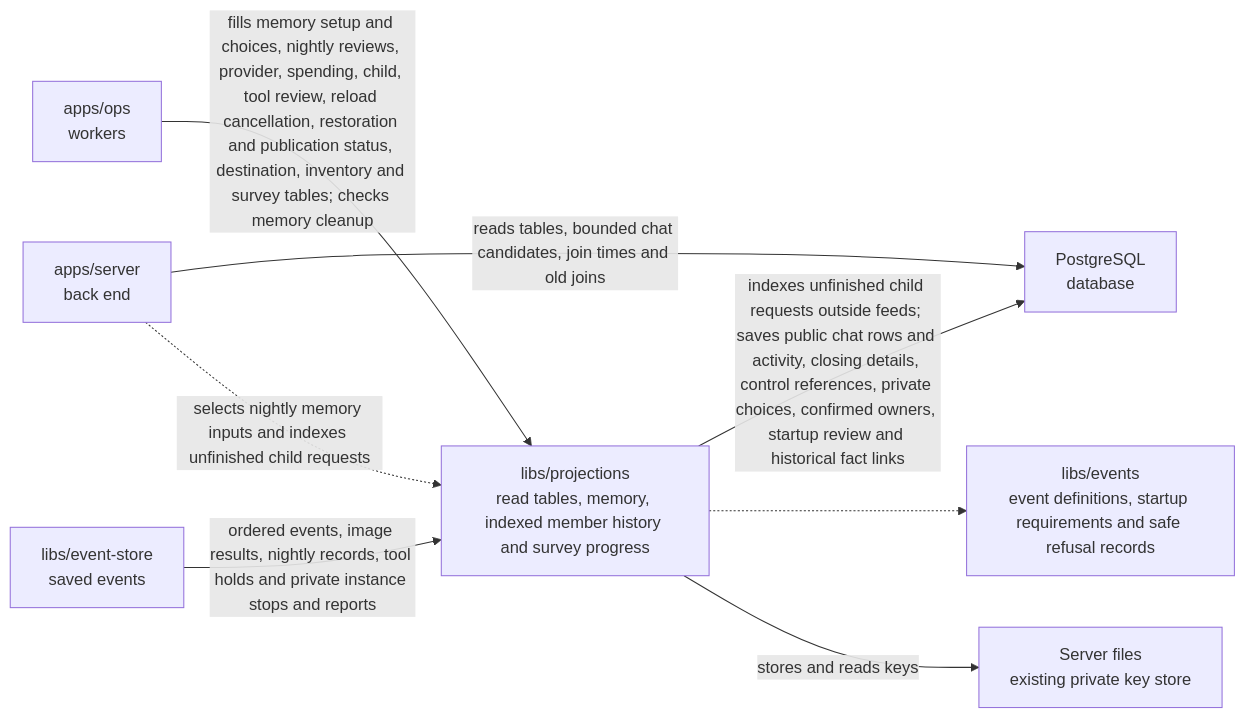
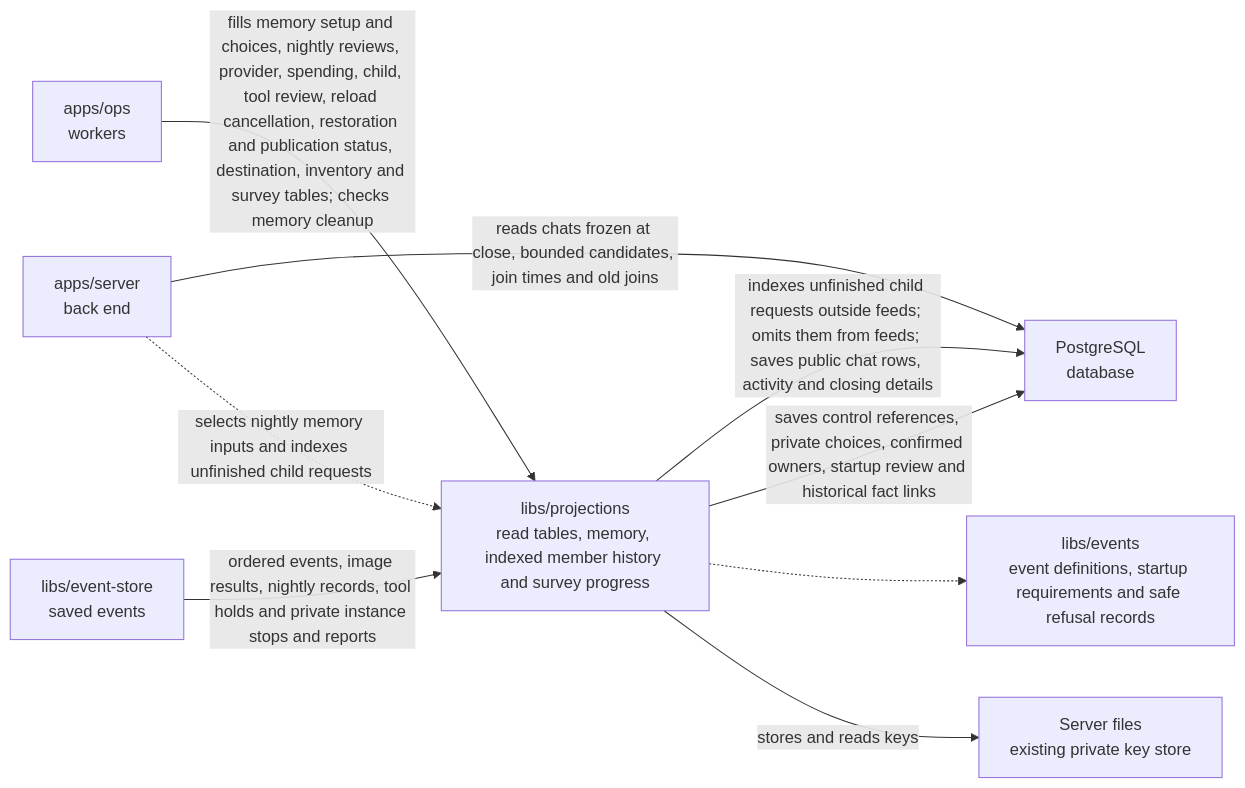
Before and after one commit to elewa-git/opencrane-new: the diagram in libs/projections/README.md, drawn with Mermaid. The commit also changed other lines of this file and 15 other files, not shown here.

Commit message:
🧊 Freeze displayed chat output at the first close

````diff
--- a/libs/projections/README.md
+++ b/libs/projections/README.md
@@ -23,10 +23,11 @@
 ```mermaid
 flowchart LR
   ops["apps/ops<br/>workers"] -->|fills memory setup and choices, nightly reviews, provider, spending, child, tool review, reload cancellation, restoration and publication status, destination, inventory and survey tables; checks memory cleanup| projections["libs/projections<br/>read tables, memory, indexed member history and survey progress"]
-  server["apps/server<br/>back end"] -->|reads tables, bounded chat candidates, join times and old joins| pg["PostgreSQL<br/>database"]
-  projections -->|indexes unfinished child requests outside feeds; saves public chat rows and activity, closing details, control references, private choices, confirmed owners, startup review and historical fact links| pg
+  server["apps/server<br/>back end"] -->|reads chats frozen at close, bounded candidates, join times and old joins| pg["PostgreSQL<br/>database"]
+  projections -->|indexes unfinished child requests outside feeds; omits them from feeds; saves public chat rows, activity and closing details| pg
+  projections -->|saves control references, private choices, confirmed owners, startup review and historical fact links| pg
   store["libs/event-store<br/>saved events"] -->|ordered events, image results, nightly records, tool holds and private instance stops and reports| projections
   server -.->|selects nightly memory inputs and indexes unfinished child requests| projections
   projections -.-> events["libs/events<br/>event definitions, startup requirements and safe refusal records"]
   projections -->|stores and reads keys| keys["Server files<br/>existing private key store"]
 ```
````
